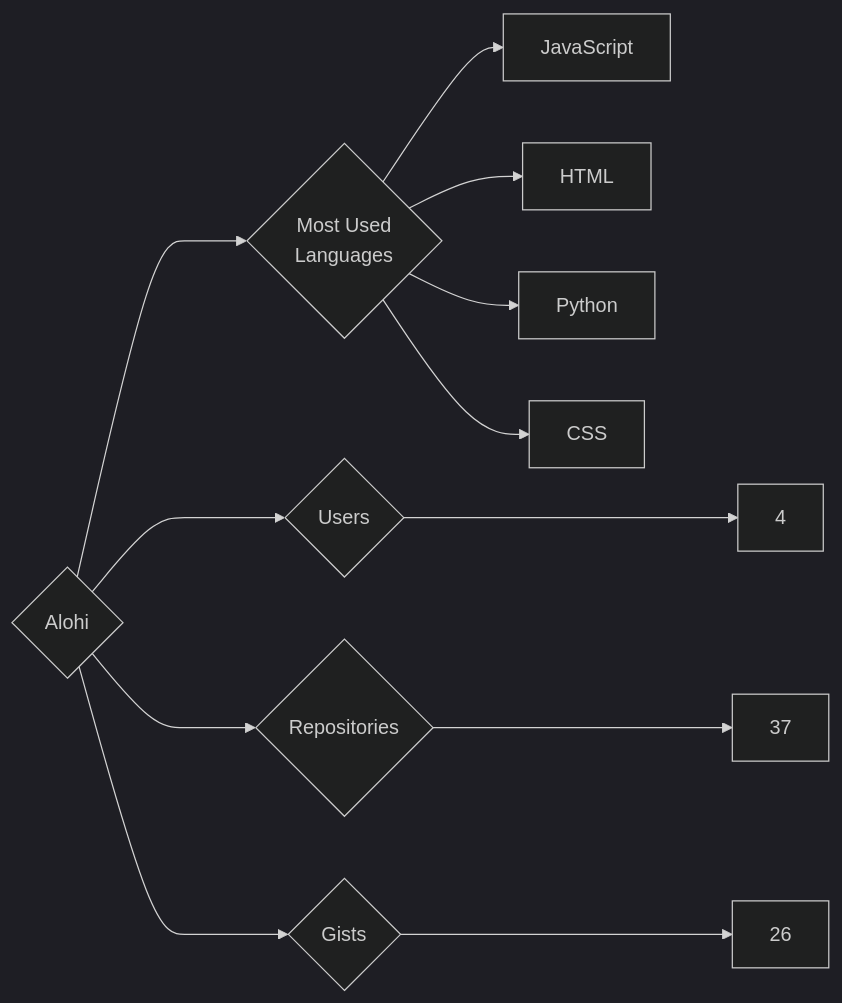
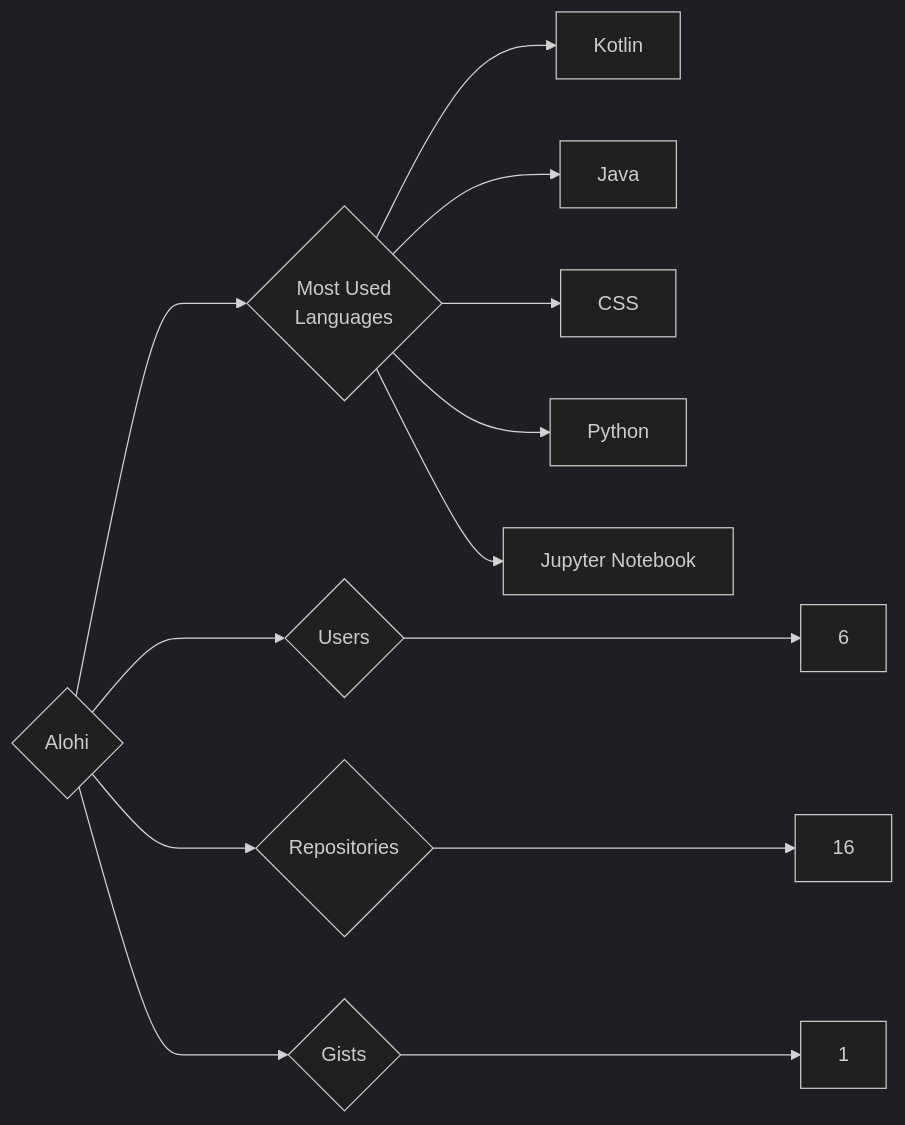
One commit to trickest/insiders changed the diagram in targets/Alohi/README.md. Above: the diagram before and after it, drawn with Mermaid (dark theme). The commit also changed 814 other files, not shown here.

````diff
--- a/targets/Alohi/README.md
+++ b/targets/Alohi/README.md
@@ -3,12 +3,13 @@
 ```mermaid
 graph LR
 COMPANY_NAME{Alohi}
-COMPANY_NAME ---> U{Users} ---> UN[4]
-COMPANY_NAME ---> R{Repositories} ---> RN[37]
-COMPANY_NAME ---> G{Gists} ---> GN[26]
+COMPANY_NAME ---> U{Users} ---> UN[6]
+COMPANY_NAME ---> R{Repositories} ---> RN[16]
+COMPANY_NAME ---> G{Gists} ---> GN[1]
 COMPANY_NAME ---> ML{Most Used<br>Languages}
-ML --> JavaScript[JavaScript]
-ML --> HTML[HTML]
+ML --> Kotlin[Kotlin]
+ML --> Java[Java]
+ML --> CSS[CSS]
 ML --> Python[Python]
-ML --> CSS[CSS]
+ML --> Jupyter_Notebook[Jupyter Notebook]
 ```
````
